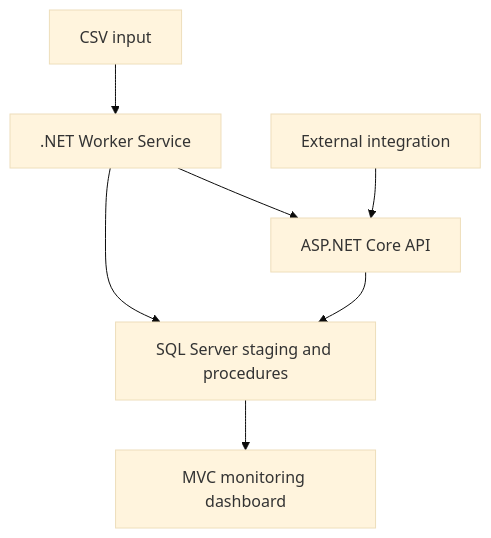
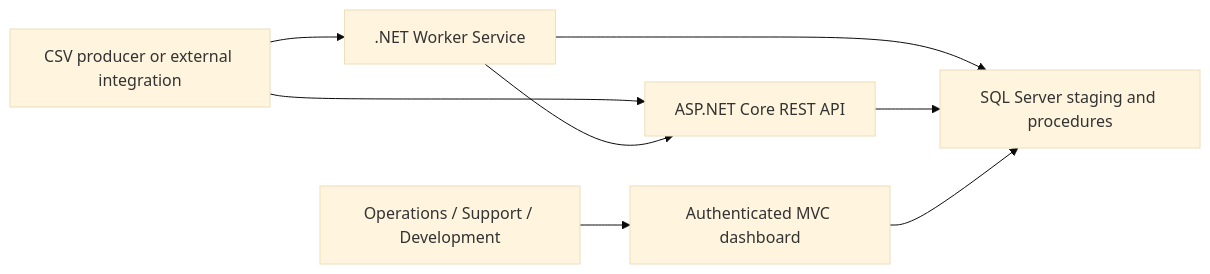
Before and after one commit to stimpfldev/sql-workflow-monitor: the diagram in README.md, drawn with Mermaid (base theme). The commit also changed other lines of this file and 86 other files, not shown here.

````diff
--- a/README.md
+++ b/README.md
@@ -63,9 +59,10 @@
 ```mermaid
-flowchart TD
-    CSV["CSV input"] --> Worker[".NET Worker Service"]
-    External["External integration"] --> API["ASP.NET Core API"]
+flowchart LR
+    Producer["CSV producer or external integration"] --> Worker[".NET Worker Service"]
+    Producer --> API["ASP.NET Core REST API"]
     Worker --> API
     Worker --> DB["SQL Server staging and procedures"]
     API --> DB
-    DB --> Dashboard["MVC monitoring dashboard"]
+    Dashboard["Authenticated MVC dashboard"] --> DB
+    Admin["Operations / Support / Development"] --> Dashboard
 ```
````
